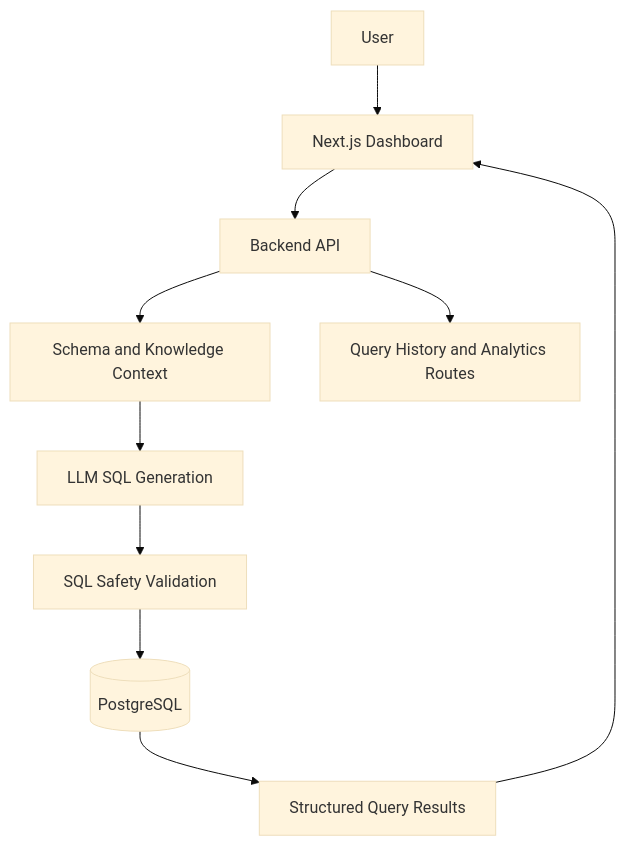
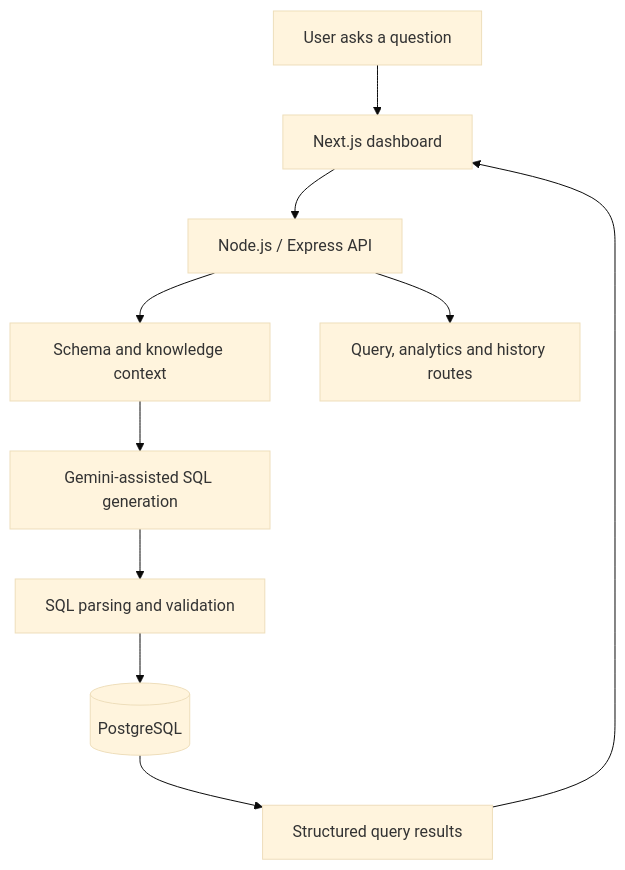
The diagram in README.md (Gautam0804/QueryMind), drawn with Mermaid (base theme) before and after one commit. The commit also changed other lines of this file, not shown here.

Commit message:
docs: upgrade QueryMind README

````diff
--- a/README.md
+++ b/README.md
@@ -58,12 +49,12 @@
 ```mermaid
 flowchart TD
-    U[User] --> F[Next.js Dashboard]
-    F --> A[Backend API]
-    A --> S[Schema and Knowledge Context]
-    S --> L[LLM SQL Generation]
-    L --> V[SQL Safety Validation]
-    V --> D[(PostgreSQL)]
-    D --> R[Structured Query Results]
-    R --> F
-    A --> H[Query History and Analytics Routes]
+    U["User asks a question"] --> UI["Next.js dashboard"]
+    UI --> API["Node.js / Express API"]
+    API --> SC["Schema and knowledge context"]
+    SC --> LLM["Gemini-assisted SQL generation"]
+    LLM --> VAL["SQL parsing and validation"]
+    VAL --> DB[("PostgreSQL")]
+    DB --> RES["Structured query results"]
+    RES --> UI
+    API --> HIST["Query, analytics and history routes"]
 ```
````
